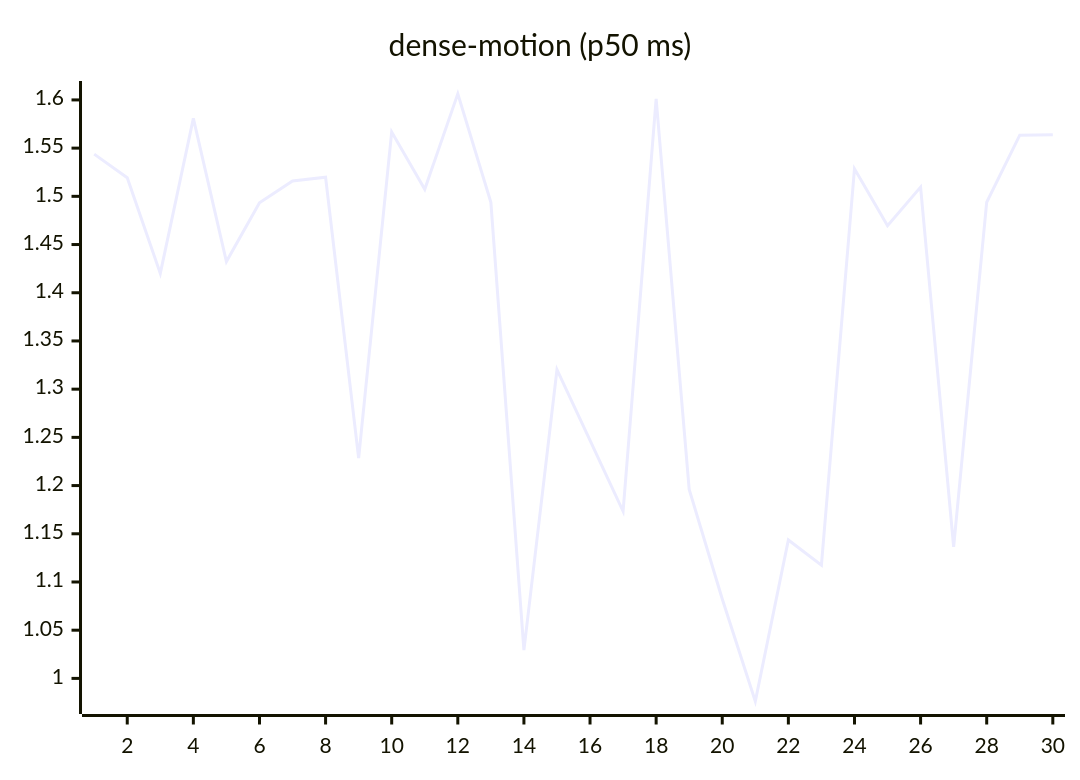
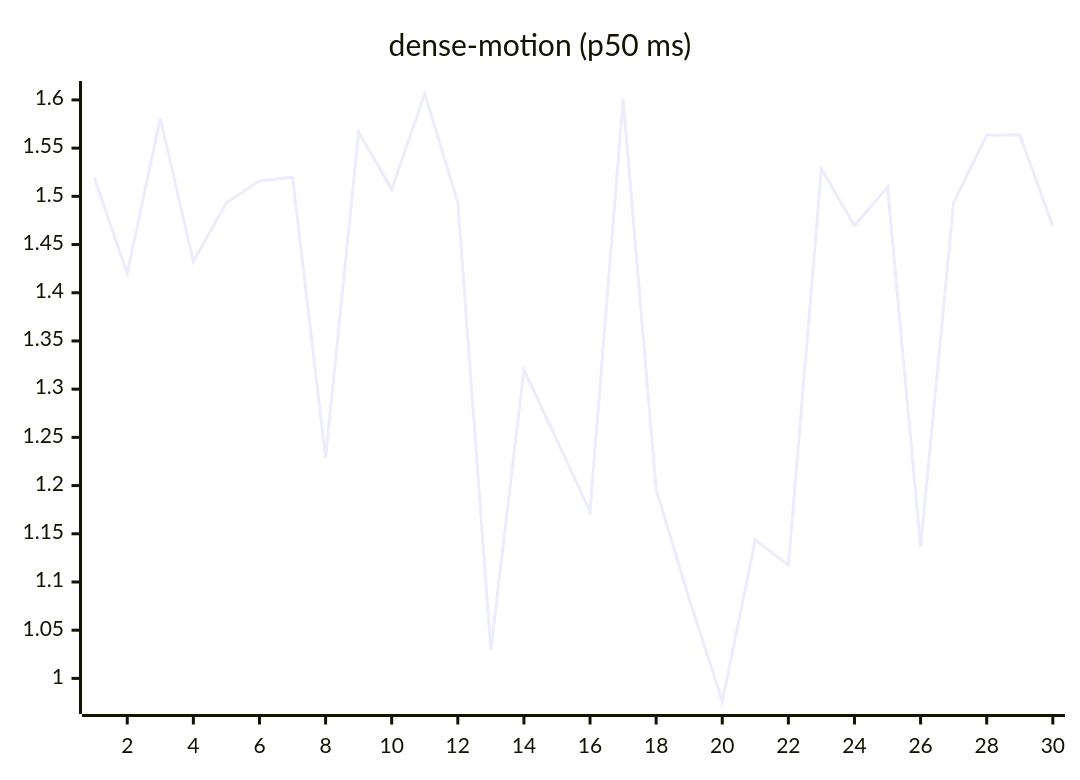
Before and after one commit to josha/Facet: the ninth of 27 diagrams in README.md, drawn with Mermaid. The commit also changed other lines of this file and 2 other files, not shown here.

````diff
--- a/README.md
+++ b/README.md
@@ -119,6 +119,6 @@
 ```mermaid
 xychart-beta
     title "dense-motion (p50 ms)"
     x-axis 1 --> 30
-    line [1.5438, 1.5193, 1.4201, 1.5809, 1.4323, 1.4933, 1.5160, 1.5198, 1.2285, 1.5668, 1.5073, 1.6064, 1.4938, 1.0293, 1.3202, 1.2469, 1.1733, 1.6011, 1.1959, 1.0823, 0.9763, 1.1436, 1.1174, 1.5286, 1.4695, 1.5096, 1.1365, 1.4939, 1.5634, 1.5638]
+    line [1.5193, 1.4201, 1.5809, 1.4323, 1.4933, 1.5160, 1.5198, 1.2285, 1.5668, 1.5073, 1.6064, 1.4938, 1.0293, 1.3202, 1.2469, 1.1733, 1.6011, 1.1959, 1.0823, 0.9763, 1.1436, 1.1174, 1.5286, 1.4695, 1.5096, 1.1365, 1.4939, 1.5634, 1.5638, 1.4692]
 ```
````
